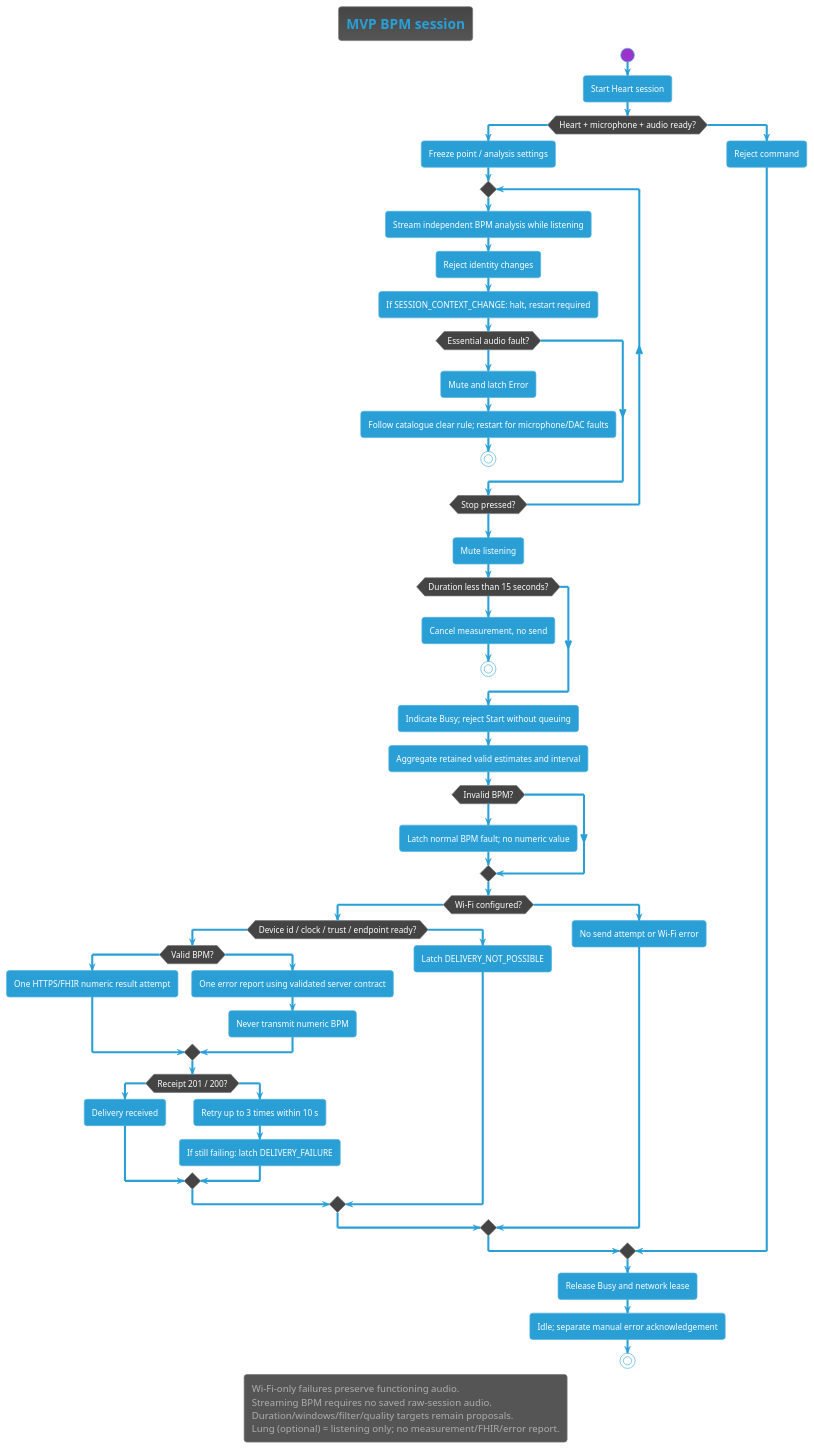
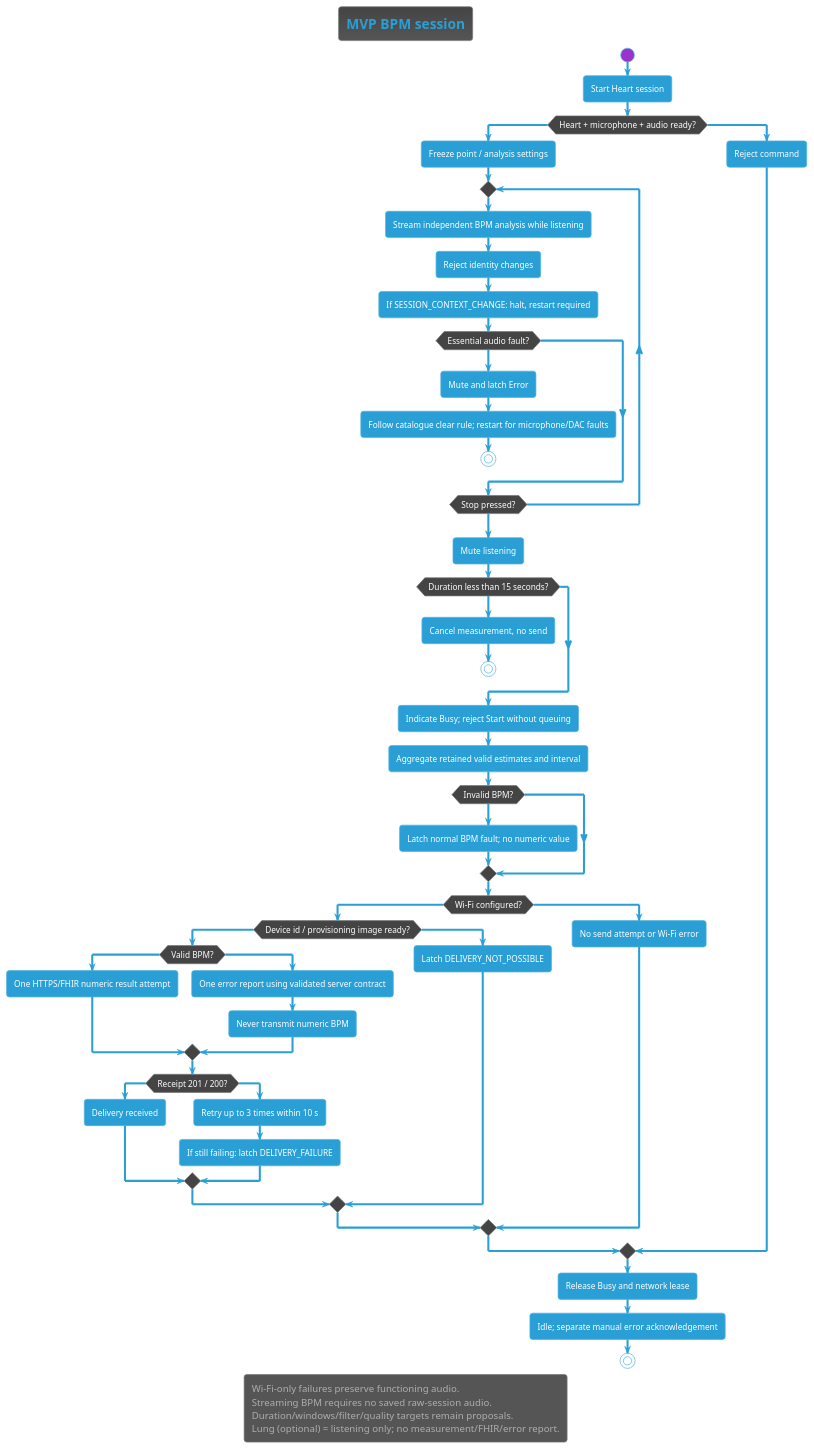
Before and after one commit to DemonicPsychoII/DigitalStethoscope: the diagram in Development/system/architecture/system/measurement-workflow.puml, drawn with PlantUML. The commit also changed 19 other files, not shown here.

```diff
--- a/Development/system/architecture/system/measurement-workflow.puml
+++ b/Development/system/architecture/system/measurement-workflow.puml
@@ -1,62 +1,62 @@
 @startuml measurement_workflow
 !theme cyborg
 skinparam shadowing false
 skinparam defaultFontName SansSerif
 title MVP BPM session
 start
 :Start Heart session;
 if (Heart + microphone + audio ready?) then (yes)
  :Freeze point / analysis settings;
  repeat
   :Stream independent BPM analysis while listening;
   :Reject identity changes;
   :If SESSION_CONTEXT_CHANGE: halt, restart required;
   if (Essential audio fault?) then (yes)
    :Mute and latch Error;
    :Follow catalogue clear rule; restart for microphone/DAC faults;
    stop
   endif
  repeat while (Stop pressed?) is (no) not (yes)
  :Mute listening;
  if (Duration less than 15 seconds?) then (yes)
   :Cancel measurement, no send;
   stop
  endif
  :Indicate Busy; reject Start without queuing;
  :Aggregate retained valid estimates and interval;
  if (Invalid BPM?) then (yes)
   :Latch normal BPM fault; no numeric value;
  endif
  if (Wi-Fi configured?) then (yes)
-  if (Device id / clock / trust / endpoint ready?) then (yes)
+  if (Device id / provisioning image ready?) then (yes)
    if (Valid BPM?) then (yes)
     :One HTTPS/FHIR numeric result attempt;
    else (no)
     :One error report using validated server contract;
     :Never transmit numeric BPM;
    endif
    if (Receipt 201 / 200?) then (yes)
     :Delivery received;
    else (no)
     :Retry up to 3 times within 10 s;
     :If still failing: latch DELIVERY_FAILURE;
    endif
   else (no)
    :Latch DELIVERY_NOT_POSSIBLE;
   endif
  else (no)
   :No send attempt or Wi-Fi error;
  endif
 else (no)
  :Reject command;
 endif
 :Release Busy and network lease;
 :Idle; separate manual error acknowledgement;
 stop
 legend bottom
   Wi-Fi-only failures preserve functioning audio.
   Streaming BPM requires no saved raw-session audio.
   Duration/windows/filter/quality targets remain proposals.
   Lung (optional) = listening only; no measurement/FHIR/error report.
 endlegend
 @enduml
```
